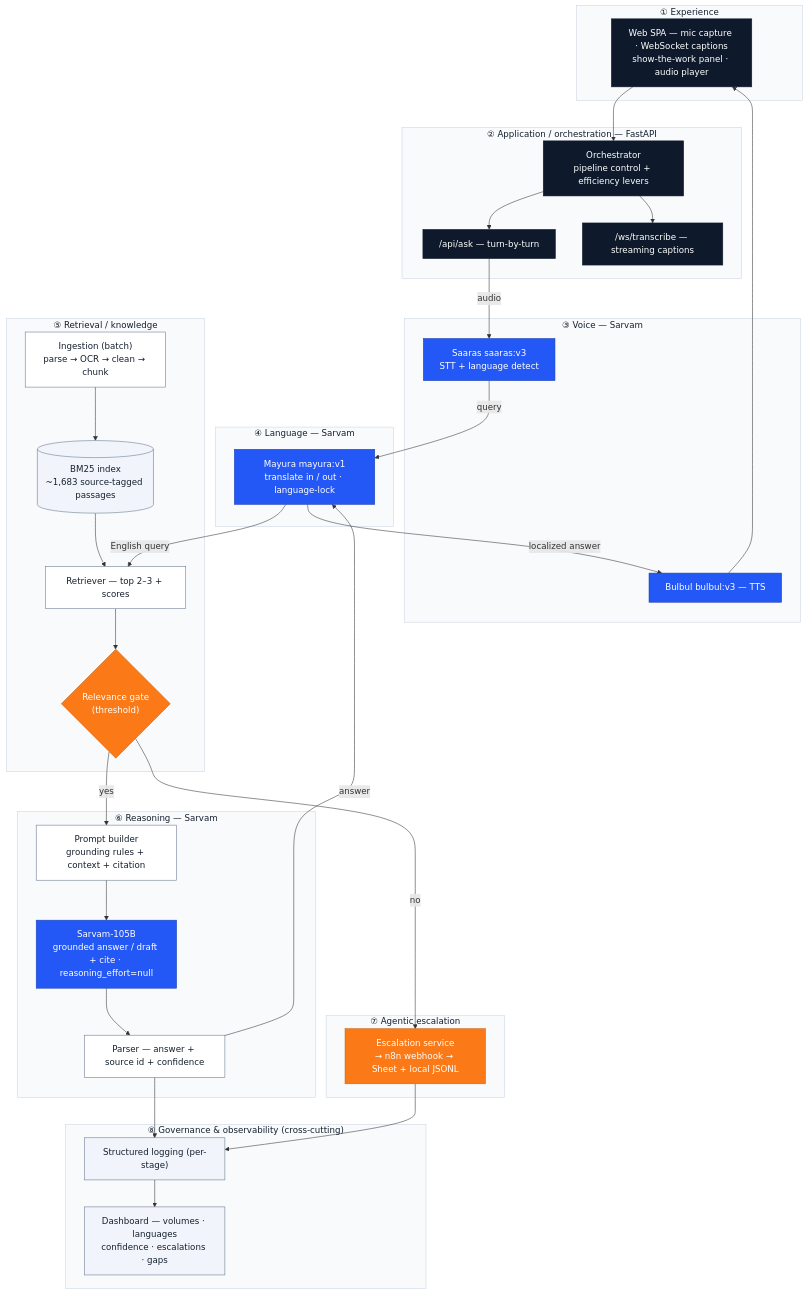
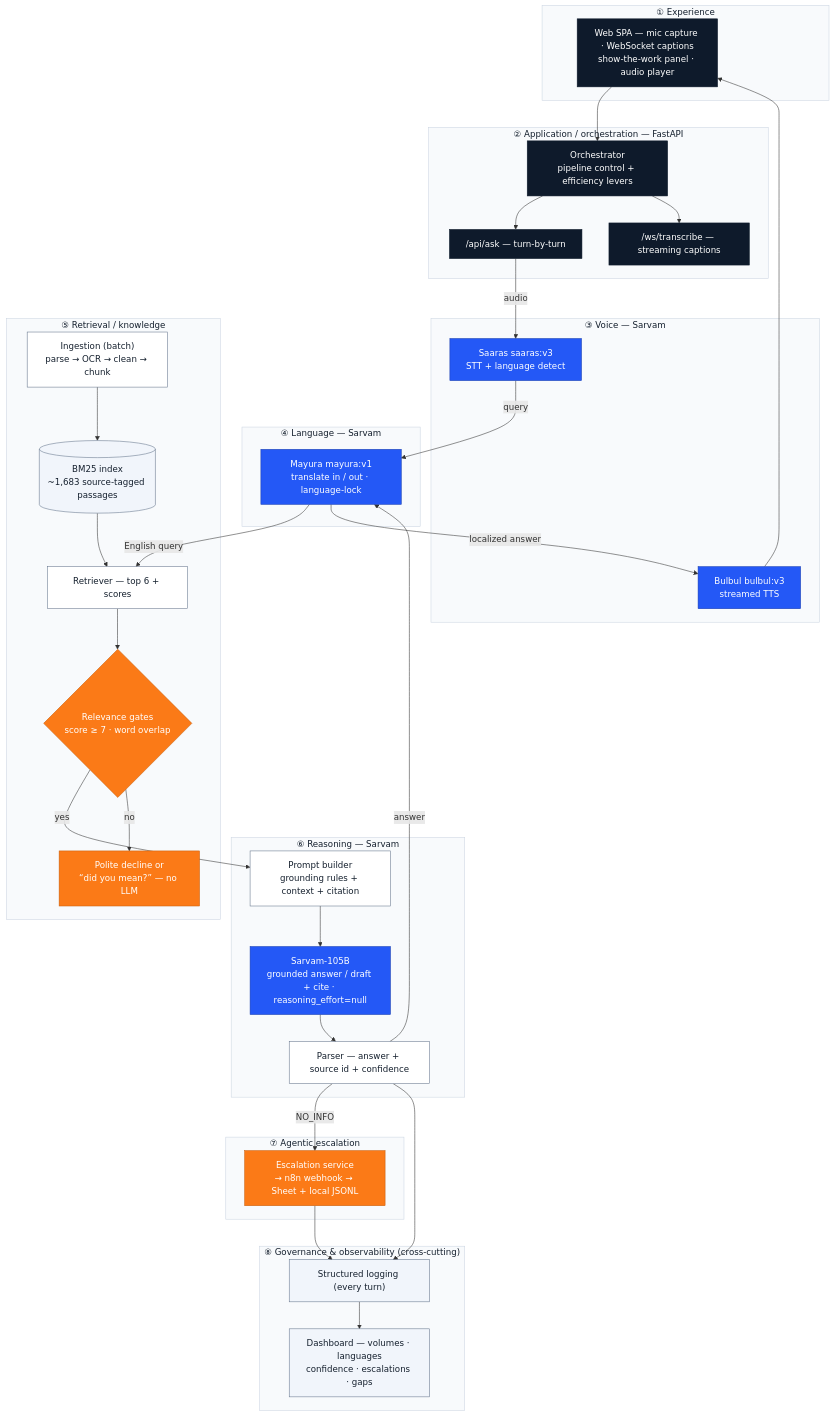
The second of 6 diagrams in docs/architecture.md (vihb09/pnb-sahayak), drawn with Mermaid before and after one commit. The commit also changed other lines of this file and 8 other files, not shown here.

First line of the commit message:
Docs: bring diagrams, architecture doc, README and decks up to date

````diff
--- a/docs/architecture.md
+++ b/docs/architecture.md
@@ -66,66 +66,68 @@
 ```mermaid
 flowchart TB
     subgraph L1["① Experience"]
         SPA["Web SPA — mic capture · WebSocket captions<br/>show-the-work panel · audio player"]:::app
     end
     subgraph L2["② Application / orchestration — FastAPI"]
         ORCH["Orchestrator<br/>pipeline control + efficiency levers"]:::app
         ASK["/api/ask — turn-by-turn"]:::app
         WS["/ws/transcribe — streaming captions"]:::app
     end
     subgraph L3["③ Voice — Sarvam"]
         STT["Saaras saaras:v3<br/>STT + language detect"]:::sarvam
-        TTS["Bulbul bulbul:v3 — TTS"]:::sarvam
+        TTS["Bulbul bulbul:v3<br/>streamed TTS"]:::sarvam
     end
     subgraph L4["④ Language — Sarvam"]
         TRN["Mayura mayura:v1<br/>translate in / out · language-lock"]:::sarvam
     end
     subgraph L5["⑤ Retrieval / knowledge"]
         ING["Ingestion (batch)<br/>parse → OCR → clean → chunk"]:::neutral
         IDX[("BM25 index<br/>~1,683 source-tagged passages")]:::store
-        RET["Retriever — top 2–3 + scores"]:::neutral
-        GATE{"Relevance gate<br/>(threshold)"}:::decision
+        RET["Retriever — top 6 + scores"]:::neutral
+        GATE{"Relevance gates<br/>score ≥ 7 · word overlap"}:::decision
+        DEC["Polite decline or<br/>“did you mean?” — no LLM"]:::decision
     end
     subgraph L6["⑥ Reasoning — Sarvam"]
         PB["Prompt builder<br/>grounding rules + context + citation"]:::neutral
         LLM["Sarvam-105B<br/>grounded answer / draft + cite · reasoning_effort=null"]:::sarvam
         PARSE["Parser — answer + source id + confidence"]:::neutral
     end
     subgraph L7["⑦ Agentic escalation"]
         ESC["Escalation service<br/>→ n8n webhook → Sheet + local JSONL"]:::escalate
     end
     subgraph L8["⑧ Governance & observability (cross-cutting)"]
-        LOG["Structured logging (per-stage)"]:::store
+        LOG["Structured logging (every turn)"]:::store
         DASH["Dashboard — volumes · languages<br/>confidence · escalations · gaps"]:::store
     end
 
     SPA --> ORCH
     ORCH --> ASK
     ORCH --> WS
     ASK -->|audio| STT
     STT -->|"query"| TRN
     TRN -->|"English query"| RET
     ING --> IDX --> RET --> GATE
     GATE -->|yes| PB --> LLM --> PARSE
     PARSE -->|"answer"| TRN
     TRN -->|"localized answer"| TTS --> SPA
-    GATE -->|no| ESC
+    GATE -->|no| DEC
+    PARSE -->|"NO_INFO"| ESC
     PARSE --> LOG
     ESC --> LOG
     LOG --> DASH
 
     classDef app fill:#0E1A2B,stroke:#0E1A2B,color:#ffffff;
     classDef sarvam fill:#2458F6,stroke:#1B3FB0,color:#ffffff;
     classDef decision fill:#FB7A17,stroke:#C85F0E,color:#ffffff;
     classDef escalate fill:#FB7A17,stroke:#C85F0E,color:#ffffff;
     classDef neutral fill:#FFFFFF,stroke:#64748B,color:#15202E;
     classDef store fill:#F1F5FB,stroke:#64748B,color:#15202E;
     style L1 fill:#F8FAFC,stroke:#CBD5E1,color:#15202E
     style L2 fill:#F8FAFC,stroke:#CBD5E1,color:#15202E
     style L3 fill:#F8FAFC,stroke:#CBD5E1,color:#15202E
     style L4 fill:#F8FAFC,stroke:#CBD5E1,color:#15202E
     style L5 fill:#F8FAFC,stroke:#CBD5E1,color:#15202E
     style L6 fill:#F8FAFC,stroke:#CBD5E1,color:#15202E
     style L7 fill:#F8FAFC,stroke:#CBD5E1,color:#15202E
     style L8 fill:#F8FAFC,stroke:#CBD5E1,color:#15202E
 ```
````
